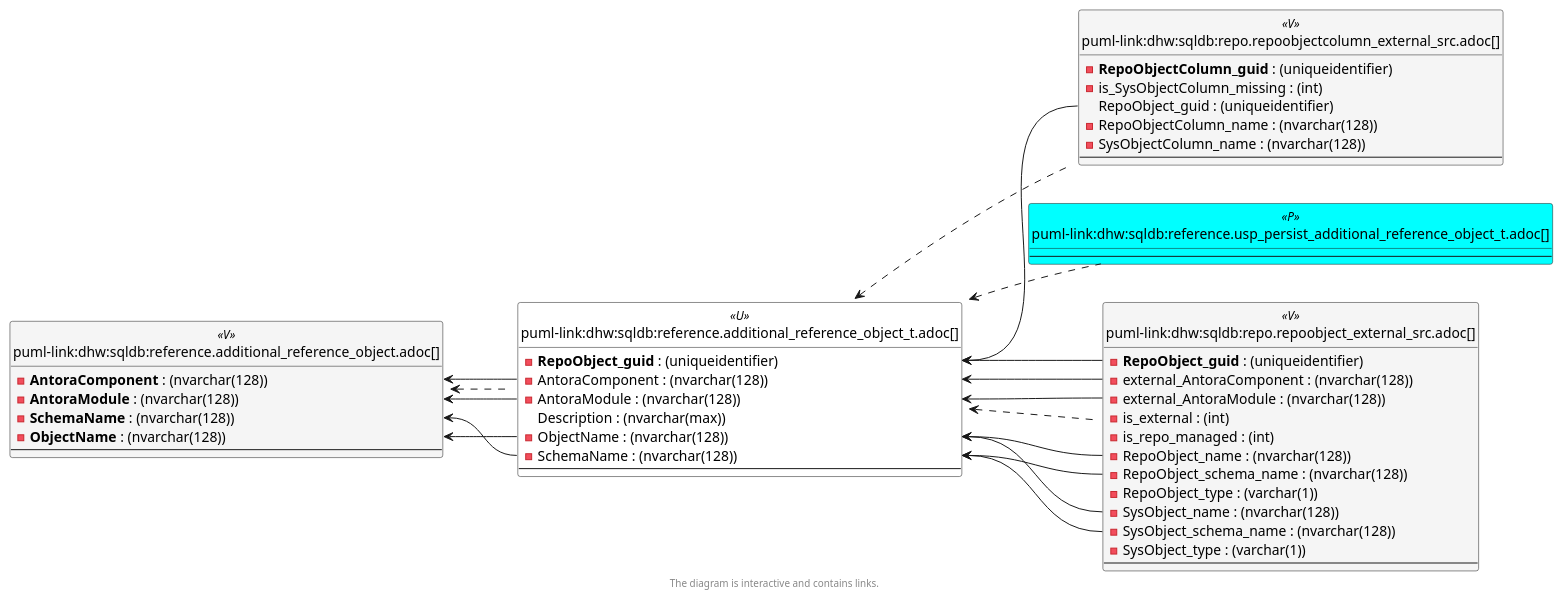
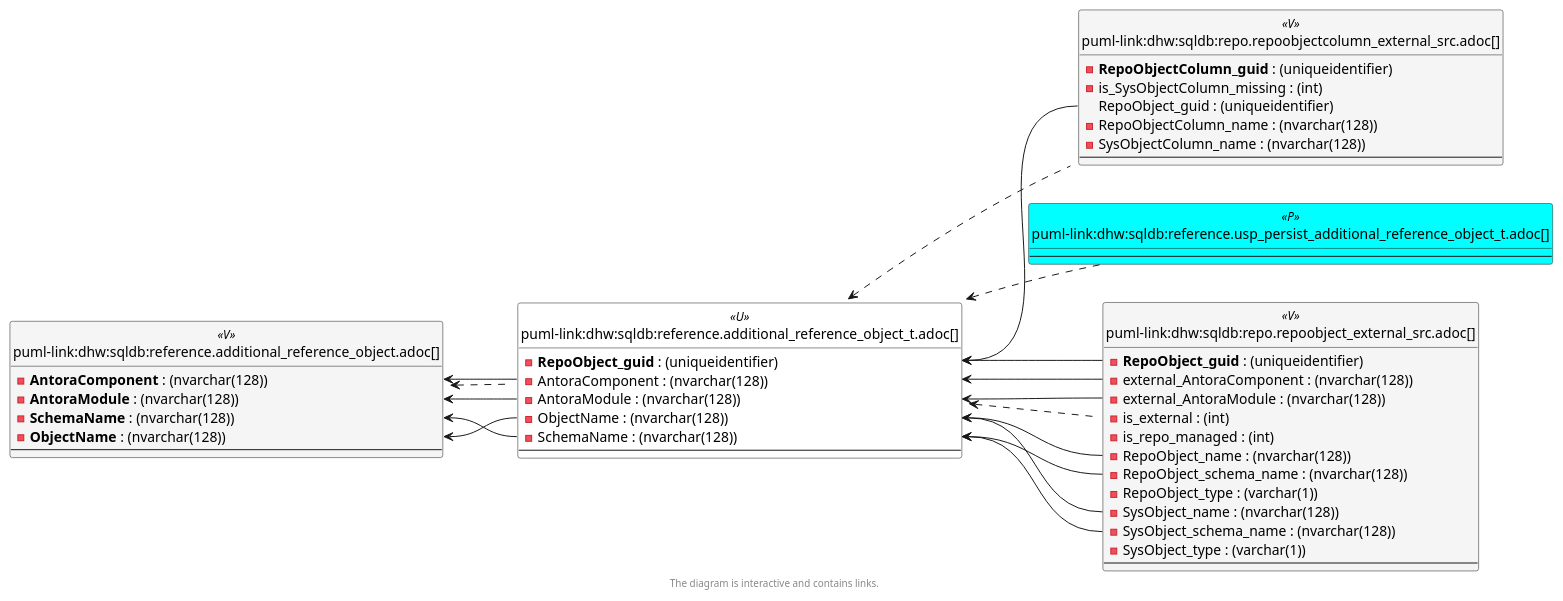
The sixth of 6 diagrams in docs/modules/sqldb/partials/content/reference.additional_reference_object_t.adoc (DataHandwerk/dhw-antora-sqldb), drawn with PlantUML before and after one commit. The commit also changed other lines of this file and 641 other files, not shown here.

```diff
--- a/docs/modules/sqldb/partials/content/reference.additional_reference_object_t.adoc
+++ b/docs/modules/sqldb/partials/content/reference.additional_reference_object_t.adoc
@@ -3581,7 +3580,6 @@
   - **RepoObject_guid** : (uniqueidentifier)
   - AntoraComponent : (nvarchar(128))
   - AntoraModule : (nvarchar(128))
-  Description : (nvarchar(max))
   - ObjectName : (nvarchar(128))
   - SchemaName : (nvarchar(128))
   --
```
